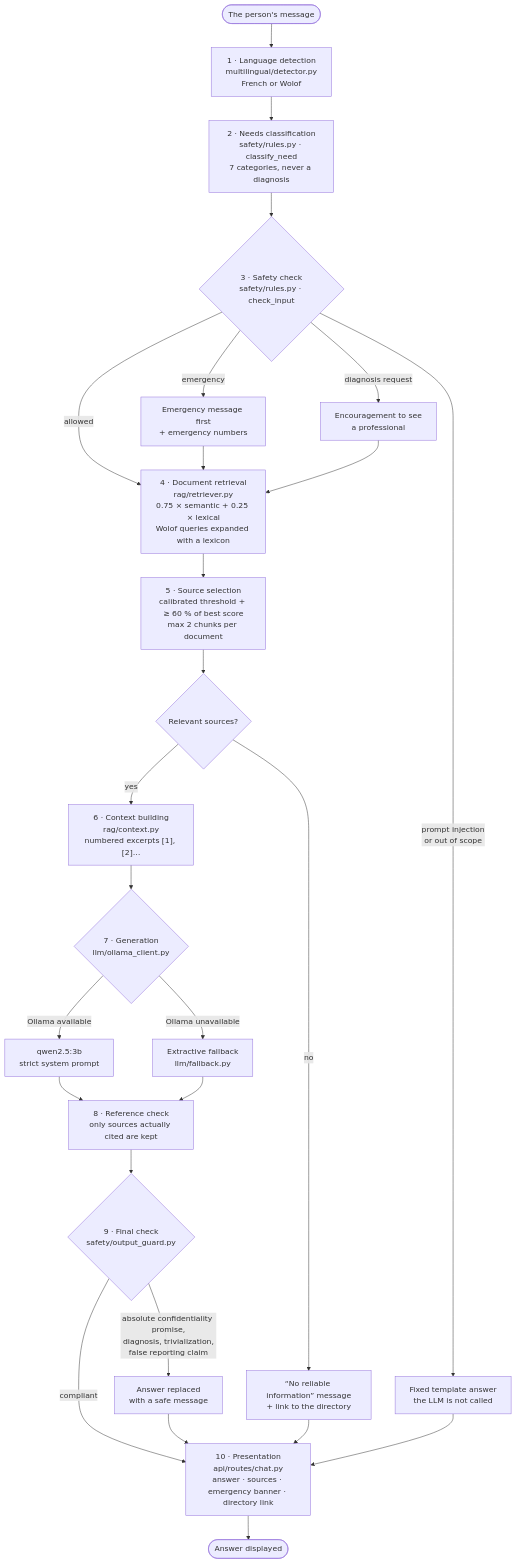
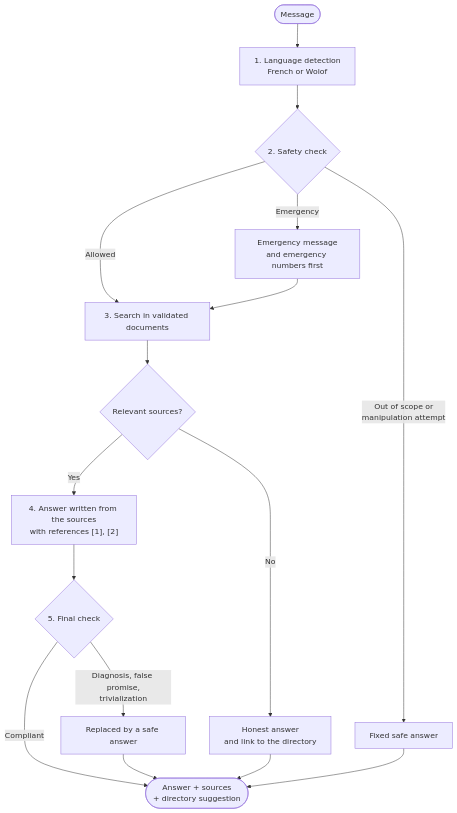
The second of 3 diagrams in README.md (Dioumadev221/SUNUSAFEGUARD), drawn with Mermaid before and after one commit. The commit also changed other lines of this file and 1 other file, not shown here.

````diff
--- a/README.md
+++ b/README.md
@@ -197,36 +133,19 @@
 ```mermaid
 flowchart TD
-    IN(["The person's message"]) --> S1
-
-    S1["1 · Language detection<br/>multilingual/detector.py<br/>French or Wolof"]
-    S1 --> S2["2 · Needs classification<br/>safety/rules.py · classify_need<br/>7 categories, never a diagnosis"]
-    S2 --> S3{"3 · Safety check<br/>safety/rules.py · check_input"}
-
-    S3 -->|"prompt injection<br/>or out of scope"| BLOCK["Fixed template answer<br/>the LLM is not called"]
-    S3 -->|"emergency"| URG["Emergency message first<br/>+ emergency numbers"]
-    S3 -->|"diagnosis request"| PROF["Encouragement to see<br/>a professional"]
-    S3 -->|"allowed"| S4
-
-    URG --> S4
-    PROF --> S4
-
-    S4["4 · Document retrieval<br/>rag/retriever.py<br/>0.75 × semantic + 0.25 × lexical<br/>Wolof queries expanded with a lexicon"]
-    S4 --> S5["5 · Source selection<br/>calibrated threshold + ≥ 60 % of best score<br/>max 2 chunks per document"]
-    S5 --> HAS{"Relevant sources?"}
-    HAS -->|no| NOSRC["“No reliable information” message<br/>+ link to the directory"]
-    HAS -->|yes| S6["6 · Context building<br/>rag/context.py<br/>numbered excerpts [1], [2]…"]
-    S6 --> S7{"7 · Generation<br/>llm/ollama_client.py"}
-    S7 -->|"Ollama available"| LLM["qwen2.5:3b<br/>strict system prompt"]
-    S7 -->|"Ollama unavailable"| EXT["Extractive fallback<br/>llm/fallback.py"]
-    LLM --> S8
-    EXT --> S8
-    S8["8 · Reference check<br/>only sources actually cited are kept"]
-    S8 --> S9{"9 · Final check<br/>safety/output_guard.py"}
-    S9 -->|"absolute confidentiality promise,<br/>diagnosis, trivialization,<br/>false reporting claim"| REPL["Answer replaced<br/>with a safe message"]
-    S9 -->|"compliant"| S10
-    REPL --> S10
-    NOSRC --> S10
-    BLOCK --> S10
-    S10["10 · Presentation<br/>api/routes/chat.py<br/>answer · sources · emergency banner · directory link"]
-    S10 --> OUT(["Answer displayed"])
+    IN(["Message"]) --> LANG["1. Language detection<br/>French or Wolof"]
+    LANG --> SAFE{"2. Safety check"}
+    SAFE -->|"Emergency"| URG["Emergency message<br/>and emergency numbers first"]
+    SAFE -->|"Out of scope or<br/>manipulation attempt"| FIX["Fixed safe answer"]
+    SAFE -->|"Allowed"| SEARCH
+    URG --> SEARCH["3. Search in validated documents"]
+    SEARCH --> FOUND{"Relevant sources?"}
+    FOUND -->|"No"| NONE["Honest answer<br/>and link to the directory"]
+    FOUND -->|"Yes"| GEN["4. Answer written from the sources<br/>with references [1], [2]"]
+    GEN --> CHECK{"5. Final check"}
+    CHECK -->|"Diagnosis, false promise,<br/>trivialization"| SAFEANS["Replaced by a safe answer"]
+    CHECK -->|"Compliant"| OUT
+    SAFEANS --> OUT
+    NONE --> OUT
+    FIX --> OUT
+    OUT(["Answer + sources<br/>+ directory suggestion"])
 ```
````
